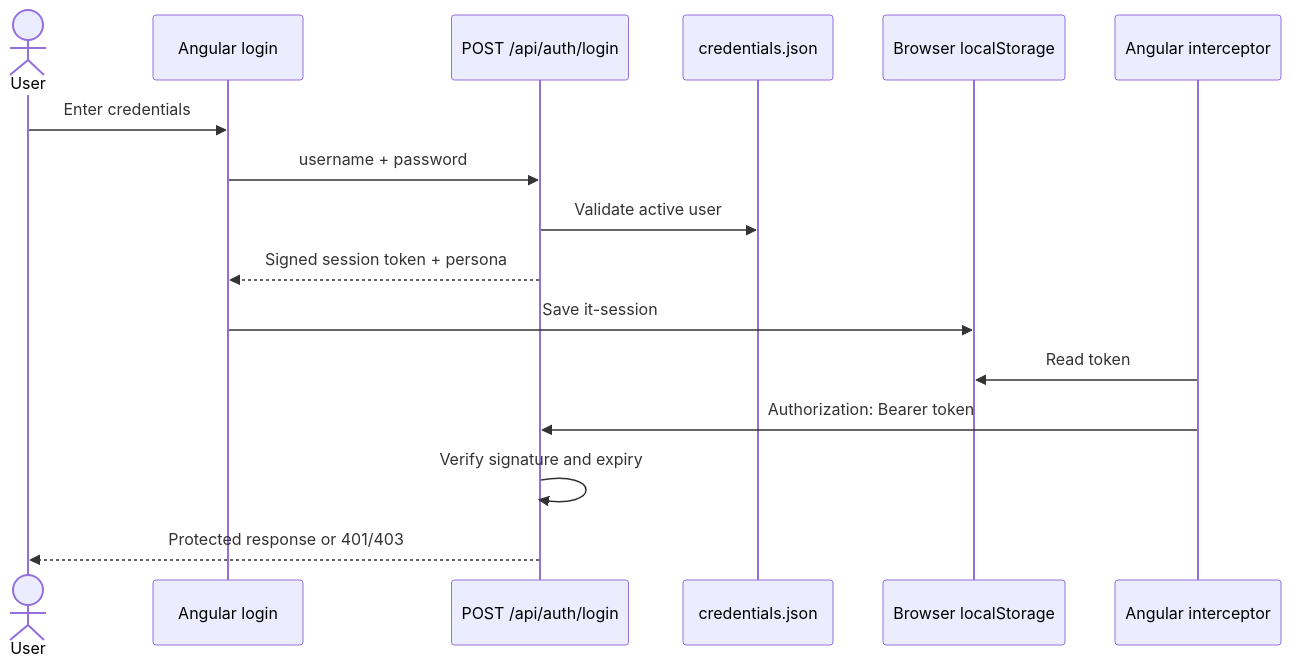
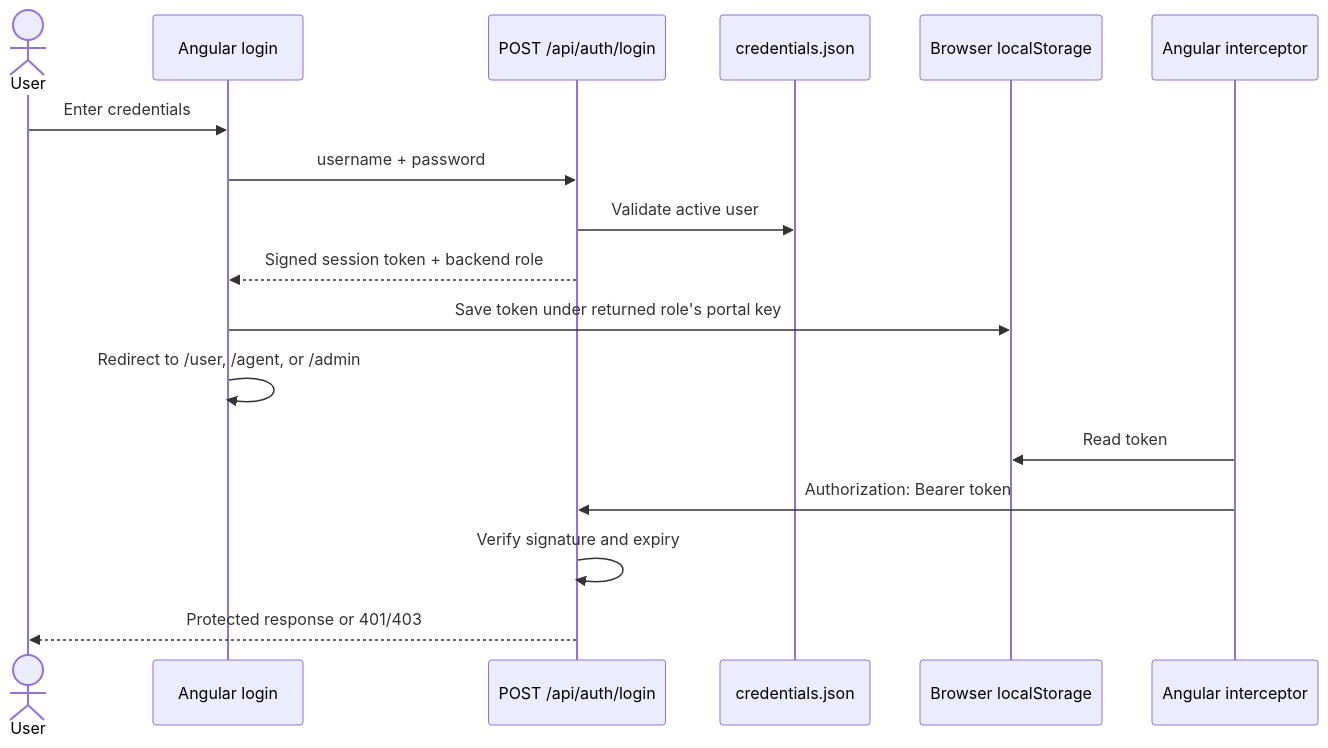
Before and after one commit to Aditya-Tiwari-Git/oritso_demo: the second of 8 diagrams in docs/TECHNICAL-ARCHITECTURE.md, drawn with Mermaid. The commit also changed other lines of this file and 12 other files, not shown here.

Commit message:
feat: created multiurl system with /admin, /user, /agent

````diff
--- a/docs/TECHNICAL-ARCHITECTURE.md
+++ b/docs/TECHNICAL-ARCHITECTURE.md
@@ -38,18 +38,19 @@
 ```mermaid
 sequenceDiagram
     actor User
     participant Login as Angular login
     participant API as POST /api/auth/login
     participant Creds as credentials.json
     participant Store as Browser localStorage
     participant Interceptor as Angular interceptor
     User->>Login: Enter credentials
     Login->>API: username + password
     API->>Creds: Validate active user
-    API-->>Login: Signed session token + persona
-    Login->>Store: Save it-session
+    API-->>Login: Signed session token + backend role
+    Login->>Store: Save token under returned role's portal key
+    Login->>Login: Redirect to /user, /agent, or /admin
     Interceptor->>Store: Read token
     Interceptor->>API: Authorization: Bearer token
     API->>API: Verify signature and expiry
     API-->>User: Protected response or 401/403
 ```
````
